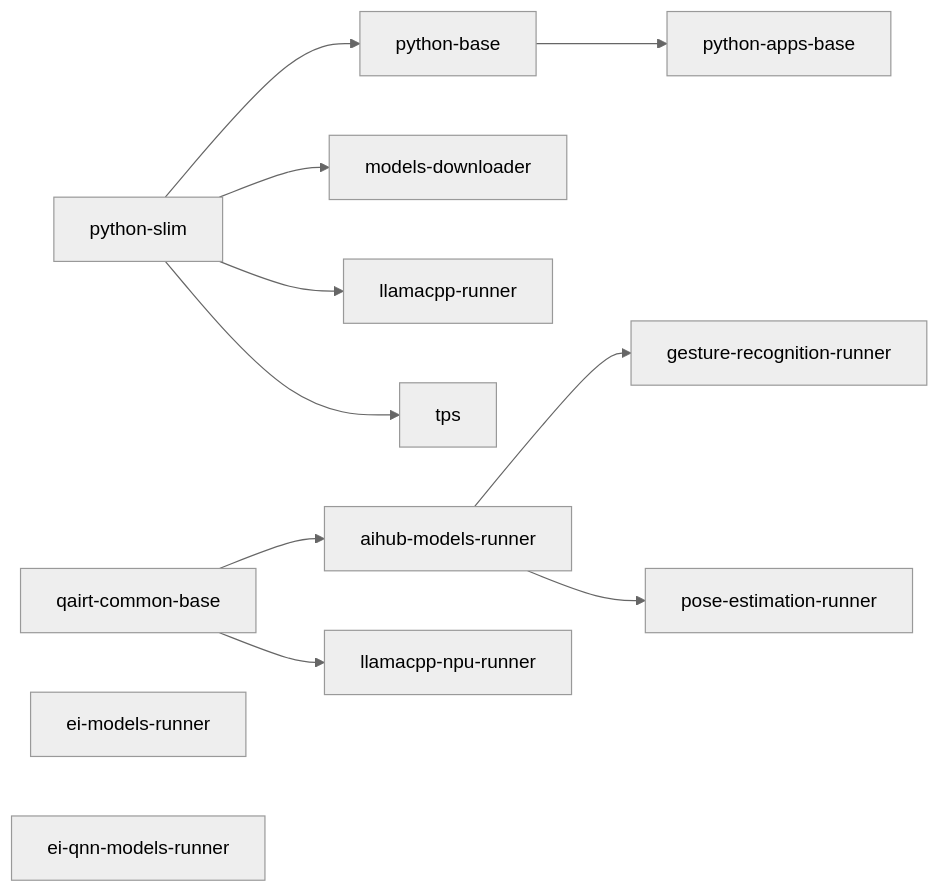
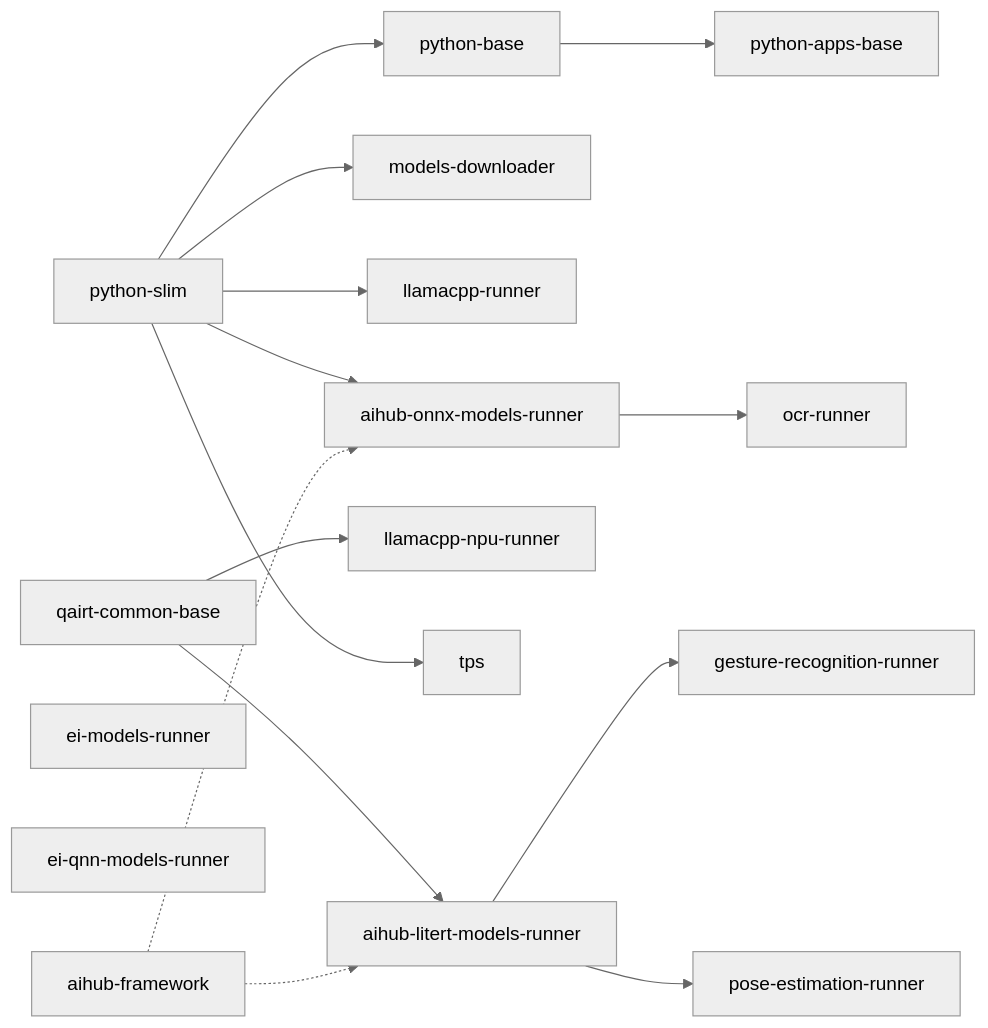
One commit to arduino/app-bricks-py changed the diagram in containers/README.md. Above: the diagram before and after it, drawn with Mermaid (neutral theme). The commit also changed other lines of this file and 159 other files, not shown here.

````diff
--- a/containers/README.md
+++ b/containers/README.md
@@ -41,12 +44,15 @@
 ```mermaid
 graph LR
   slim[python-slim] --> base[python-base] --> apps[python-apps-base]
   slim --> dl[models-downloader]
   slim --> lcpp[llamacpp-runner]
-  qairt[qairt-common-base] --> aihub[aihub-models-runner] --> gesture[gesture-recognition-runner]
+  qairt[qairt-common-base] --> aihub[aihub-litert-models-runner] --> gesture[gesture-recognition-runner]
   aihub --> pose[pose-estimation-runner]
   qairt --> lcppnpu[llamacpp-npu-runner]
   ei[ei-models-runner]
   eiqnn[ei-qnn-models-runner]
   slim --> tps[tps]
+  slim --> aihubonnx[aihub-onnx-models-runner] --> ocr[ocr-runner]
+  fw[aihub-framework] -.-> aihub
+  fw -.-> aihubonnx
 ```
````
